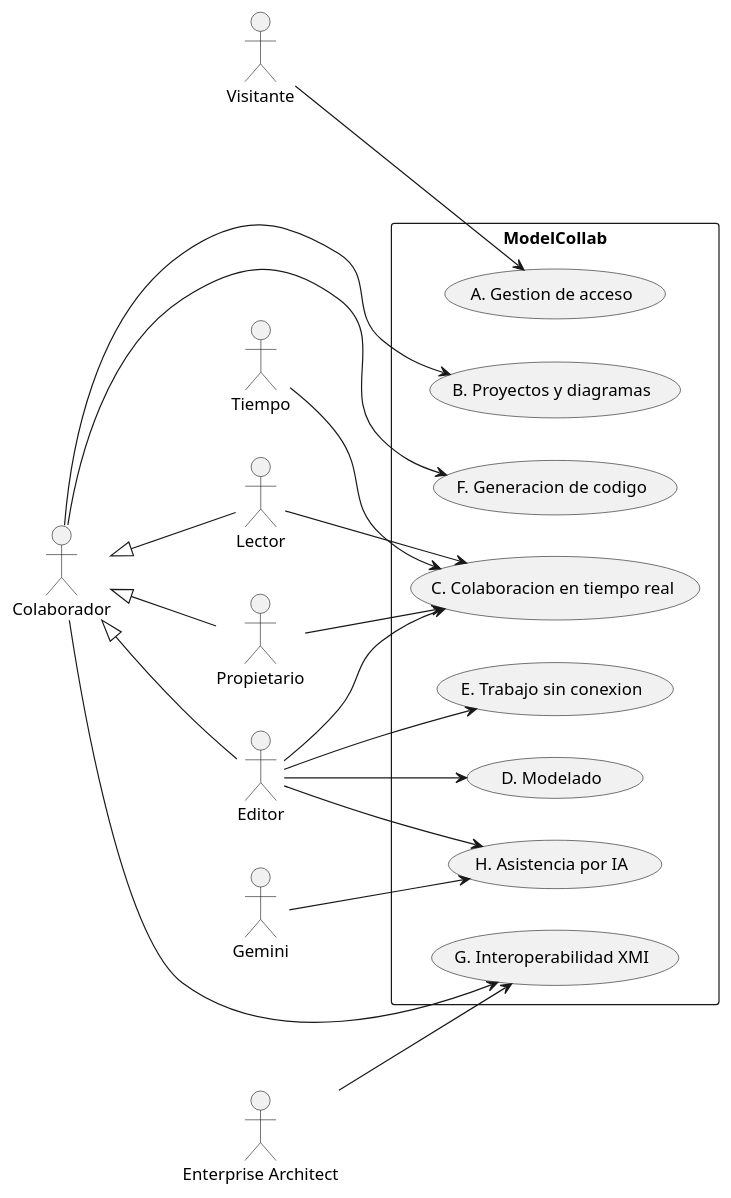
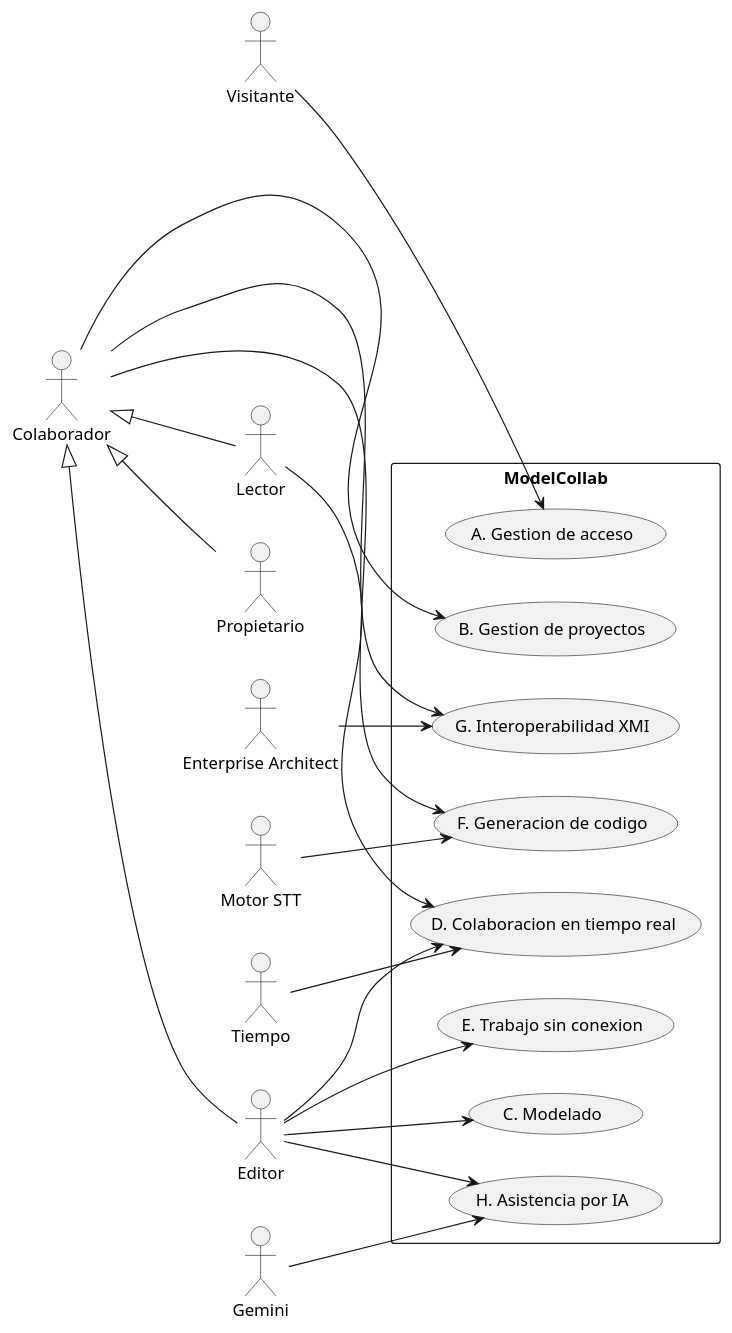
One commit to daniel-ol5/diagramacolaborativo changed the diagram in docs/puds/diagramas/casos-de-uso-general.puml. Above: the diagram before and after it, drawn with PlantUML. The commit also changed 11 other files, not shown here.

```diff
--- a/docs/puds/diagramas/casos-de-uso-general.puml
+++ b/docs/puds/diagramas/casos-de-uso-general.puml
@@ -1,43 +1,44 @@
 @startuml casos-de-uso-general
 ' ModelCollab - Diagrama de contexto: actores y paquetes de casos de uso
 left to right direction
 skinparam packageStyle rectangle
 
 actor "Visitante" as V
 actor "Colaborador" as C
 actor "Propietario" as OW
 actor "Editor" as ED
 actor "Lector" as VI
 actor "Tiempo" as T
 actor "Gemini" as G
 actor "Enterprise Architect" as EA
+actor "Motor STT" as STT
 
 C <|-- OW
 C <|-- ED
 C <|-- VI
 
 rectangle "ModelCollab" {
   usecase "A. Gestion de acceso" as A
-  usecase "B. Proyectos y diagramas" as B
-  usecase "C. Colaboracion en tiempo real" as CC
-  usecase "D. Modelado" as D
+  usecase "B. Gestion de proyectos" as B
+  usecase "C. Modelado" as CC
+  usecase "D. Colaboracion en tiempo real" as D
   usecase "E. Trabajo sin conexion" as E
   usecase "F. Generacion de codigo" as F
   usecase "G. Interoperabilidad XMI" as GG
   usecase "H. Asistencia por IA" as H
 }
 
 V --> A
 C --> B
-OW --> CC
 ED --> CC
-VI --> CC
-T --> CC
 ED --> D
+VI --> D
+T --> D
 ED --> E
 C --> F
+STT --> F
 C --> GG
 EA --> GG
 ED --> H
 G --> H
 @enduml
```
